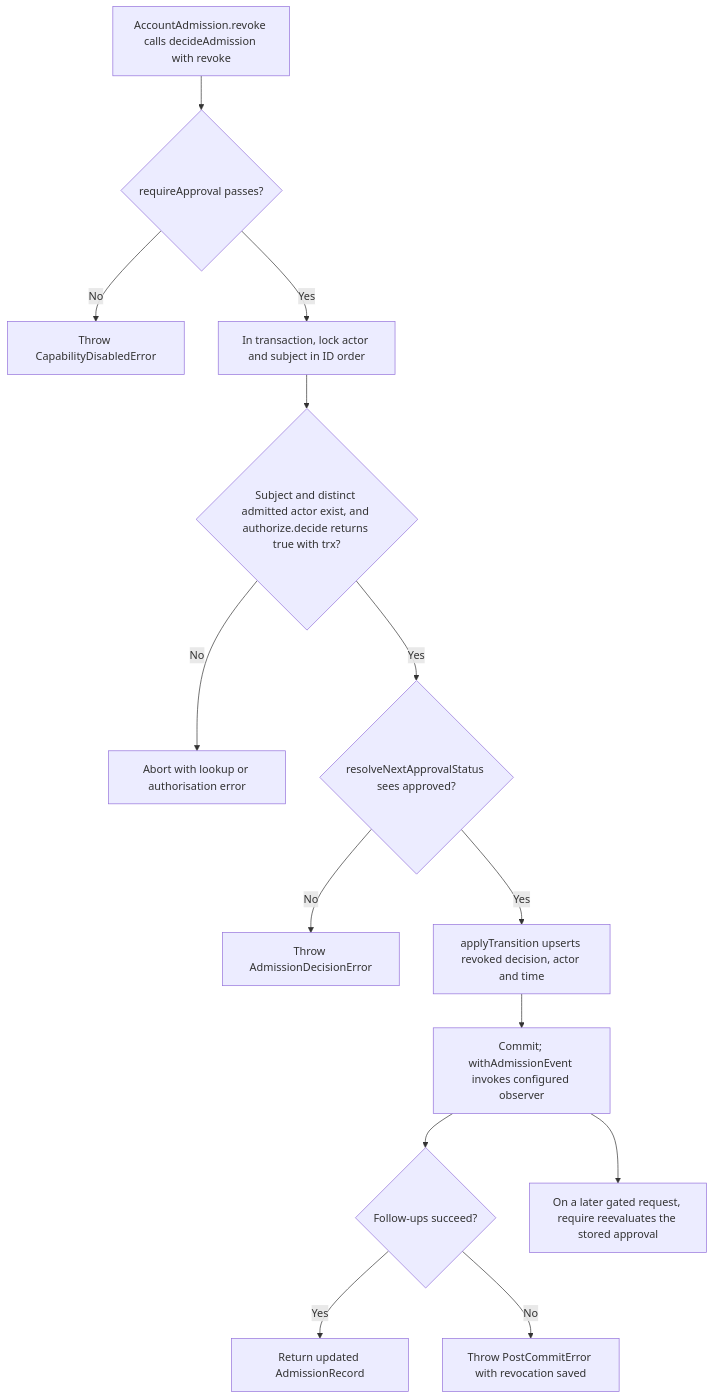
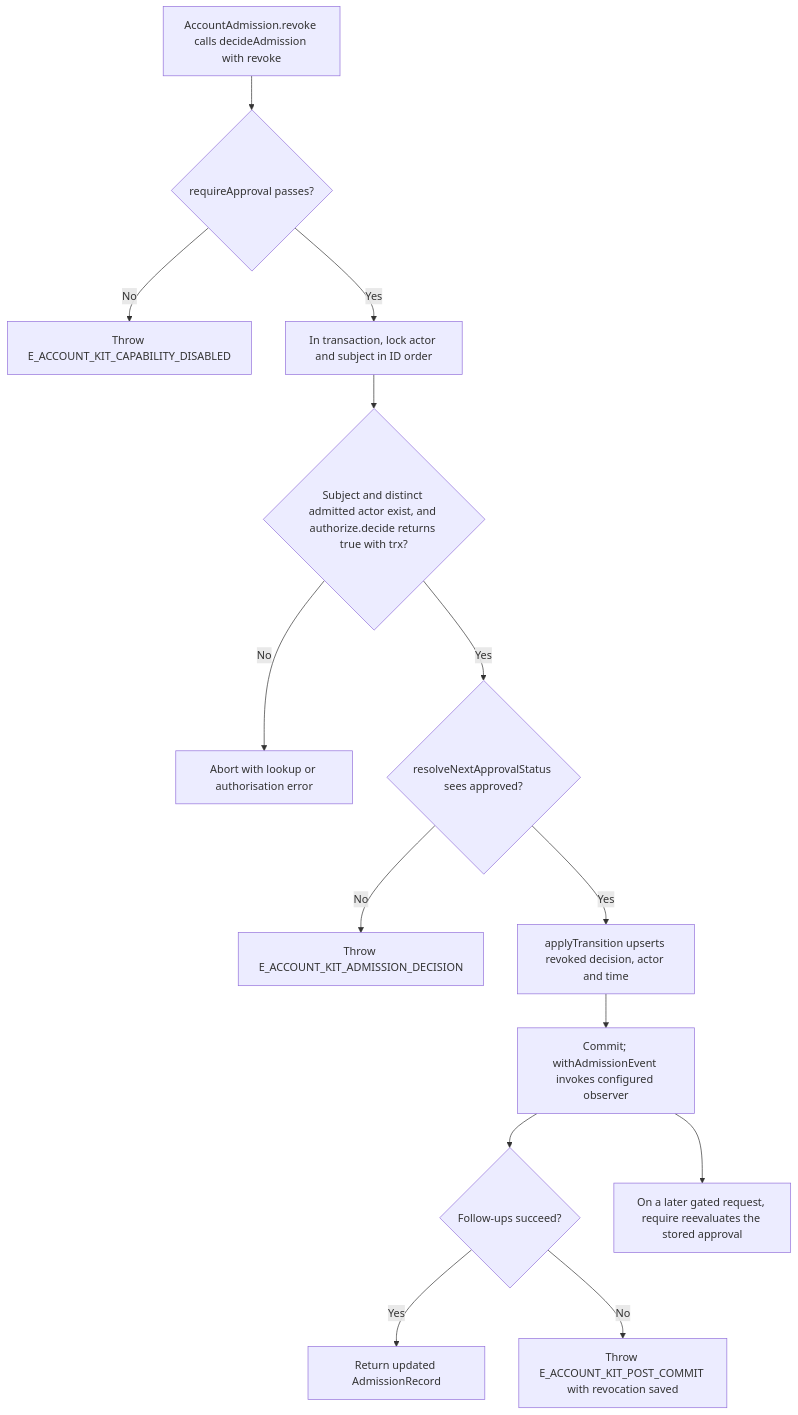
Before and after one commit to Kevinjohn/oss-adonisjs-account-kit: the second of 2 diagrams in user-stories/US-ACCOUNT-27-revoke-admission.md, drawn with Mermaid. The commit also changed other lines of this file and 362 other files, not shown here.

````diff
--- a/user-stories/US-ACCOUNT-27-revoke-admission.md
+++ b/user-stories/US-ACCOUNT-27-revoke-admission.md
@@ -38,16 +38,16 @@
 ```mermaid
 flowchart TD
  A["AccountAdmission.revoke calls decideAdmission with revoke"] --> B{"requireApproval passes?"}
- B -->|No| C["Throw CapabilityDisabledError"]
+ B -->|No| C["Throw E_ACCOUNT_KIT_CAPABILITY_DISABLED"]
  B -->|Yes| D["In transaction, lock actor and subject in ID order"]
  D --> E{"Subject and distinct admitted actor exist, and authorize.decide returns true with trx?"}
  E -->|No| F["Abort with lookup or authorisation error"]
  E -->|Yes| G{"resolveNextApprovalStatus sees approved?"}
- G -->|No| H["Throw AdmissionDecisionError"]
+ G -->|No| H["Throw E_ACCOUNT_KIT_ADMISSION_DECISION"]
  G -->|Yes| I["applyTransition upserts revoked decision, actor and time"]
  I --> J["Commit; withAdmissionEvent invokes configured observer"]
  J --> K{"Follow-ups succeed?"}
  K -->|Yes| L["Return updated AdmissionRecord"]
- K -->|No| M["Throw PostCommitError with revocation saved"]
+ K -->|No| M["Throw E_ACCOUNT_KIT_POST_COMMIT with revocation saved"]
  J --> N["On a later gated request, require reevaluates the stored approval"]
 ```
````
